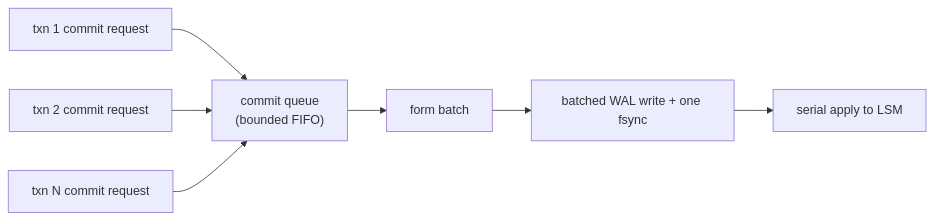
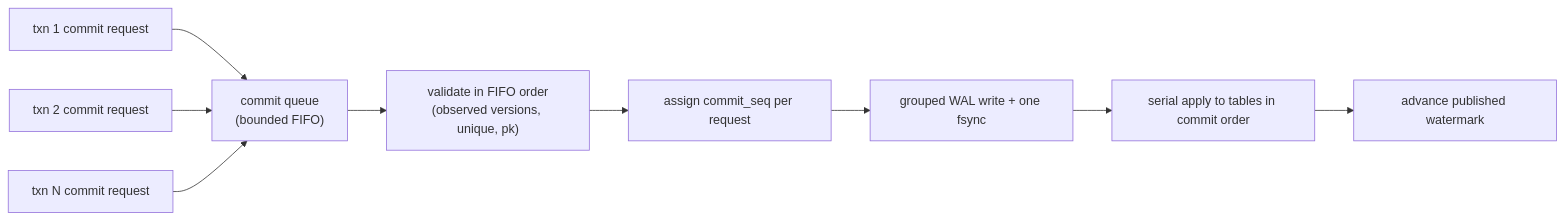
Before and after one commit to viloris-org/Pico: the third of 3 diagrams in docs/architecture/write-path.md, drawn with Mermaid. The commit also changed other lines of this file and 14 other files, not shown here.

````diff
--- a/docs/architecture/write-path.md
+++ b/docs/architecture/write-path.md
@@ -206,9 +213,11 @@
 ```mermaid
 flowchart LR
     A["txn 1 commit request"] --> Q["commit queue\n(bounded FIFO)"]
     B["txn 2 commit request"] --> Q
     C["txn N commit request"] --> Q
-    Q --> BATCH["form batch"]
-    BATCH --> WAL["batched WAL write + one fsync"]
-    WAL --> APPLY["serial apply to LSM"]
+    Q --> VAL["validate in FIFO order\n(observed versions, unique, pk)"]
+    VAL --> BATCH["assign commit_seq per request"]
+    BATCH --> WAL["grouped WAL write + one fsync"]
+    WAL --> APPLY["serial apply to tables in commit order"]
+    APPLY --> WATER["advance published watermark"]
 ```
````
